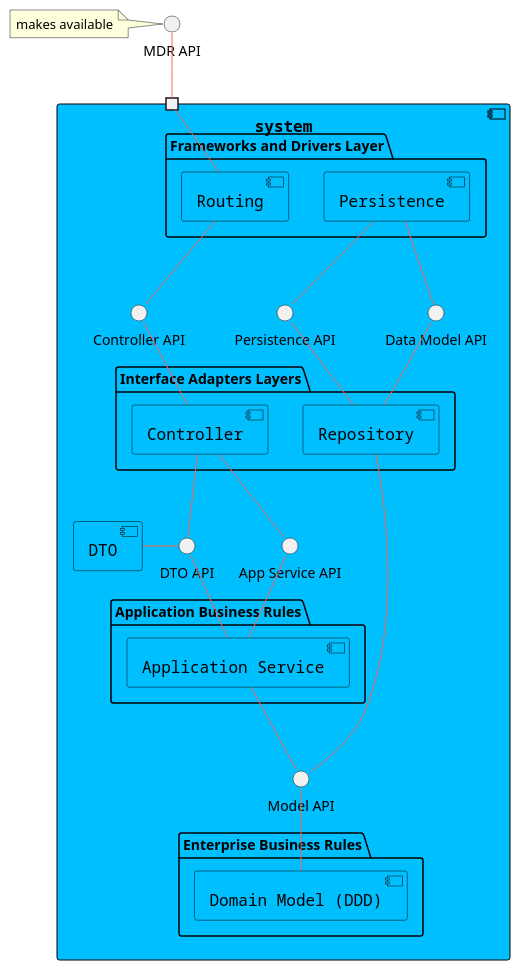
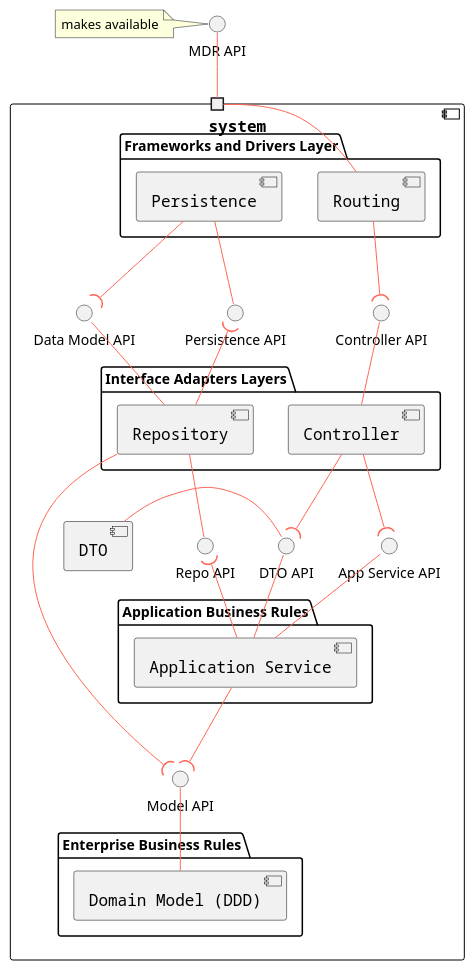
The diagram in docs/us190/level3/logical-view.puml (Departamento-de-Engenharia-Informatica/lapr5-23-24-g19), drawn with PlantUML before and after one commit. The commit also changed 3 other files, not shown here.

```diff
--- a/docs/us190/level3/logical-view.puml
+++ b/docs/us190/level3/logical-view.puml
@@ -1,61 +1,64 @@
 @startuml
 
 skinparam component {
     FontSize 16
     BackgroundColor<<Apache>> LightCoral
     BorderColor<<Apache>> #FF6655
     FontName Courier
     BorderColor black
-    BackgroundColor DeepSkyBlue
     ArrowFontName Impact
     ArrowColor #FF6655
     ArrowFontColor #777777
 }
+
 
 component system {
     package "Frameworks and Drivers Layer" {
         [Routing]
         [Persistence]
     }
 
     package "Interface Adapters Layers" {
         [Controller]
         [Repository]
     }
 
     package "Application Business Rules" {
         [Application Service]
     }
 
     package "Enterprise Business Rules" {
         [Domain Model (DDD)]
     }
 
     portin " " as port1
 
     [Routing] -- port1
-    [Persistence] -- "Data Model API"
+    [Persistence] --( "Data Model API"
     [Persistence] -- "Persistence API"
 
     [Controller] -up- "Controller API"
-    [Routing] -down- "Controller API"
+    [Routing] -down-( "Controller API"
 
     [Repository] -up- "Data Model API"
-    [Repository] -up- "Persistence API"
+    [Repository] -up-( "Persistence API"
 
-    [Controller] -down- "App Service API"
-    [Controller] -down- "DTO API"
+    [Controller] -down-( "App Service API"
+    [Controller] -down-( "DTO API"
 
     "DTO API" -left- [DTO]
 
     [Application Service] -up- "App Service API"
     [Application Service] -up- "DTO API"
+    [Repository] -- "Repo API"
+    [Application Service] -up-( "Repo API"
 
-    [Repository] -down- "Model API"
-    [Application Service] -- "Model API"
+    [Repository] -down-( "Model API"
+    [Application Service] --( "Model API"
     [Domain Model (DDD)] -up- "Model API"
+
 }
 "MDR API" -- port1
 note left: makes available
 
 @enduml
```
